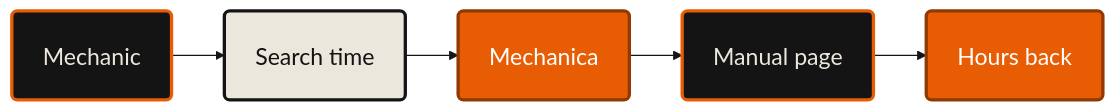
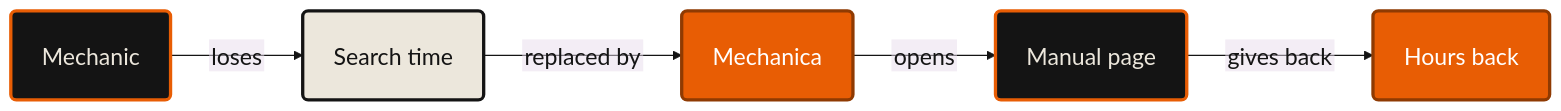
One commit to lxorb/mechanica changed the diagram in docs/pitches/ramp.md. Above: the diagram before and after it, drawn with Mermaid. The commit also changed other lines of this file and 140 other files, not shown here.

````diff
--- a/docs/pitches/ramp.md
+++ b/docs/pitches/ramp.md
@@ -136,9 +136,9 @@
 ```mermaid
-%%{init: {"theme":"base","htmlLabels":false,"themeVariables":{"fontSize":"21px","fontFamily":"Barlow","lineColor":"#141414","primaryColor":"#ece7dc","primaryTextColor":"#141414","primaryBorderColor":"#141414","background":"#ffffff"},"flowchart":{"curve":"linear","htmlLabels":false,"nodeSpacing":40,"rankSpacing":48,"padding":28,"useMaxWidth":false}}}%%
+%%{init: {"theme":"base","htmlLabels":false,"themeVariables":{"fontSize":"21px","fontFamily":"Barlow","lineColor":"#141414","primaryColor":"#ece7dc","primaryTextColor":"#141414","primaryBorderColor":"#141414","background":"#ffffff"},"flowchart":{"curve":"linear","htmlLabels":false,"nodeSpacing":40,"rankSpacing":70,"padding":28,"useMaxWidth":false}}}%%
 flowchart LR
-  MECH("Mechanic"):::ends --> TIME("Search time"):::ours --> MECA("Mechanica"):::them --> PAGE("Manual page"):::ends --> HRS("Hours back"):::them
+  MECH("Mechanic"):::ends -- "loses" --> TIME("Search time"):::ours -- "replaced by" --> MECA("Mechanica"):::them -- "opens" --> PAGE("Manual page"):::ends -- "gives back" --> HRS("Hours back"):::them
 
   classDef ends fill:#141414,stroke:#e85d04,stroke-width:3px,color:#ece7dc
   classDef ours fill:#ece7dc,stroke:#141414,stroke-width:3px,color:#141414
   classDef them fill:#e85d04,stroke:#8f3a02,stroke-width:3px,color:#ffffff
 ```
````
